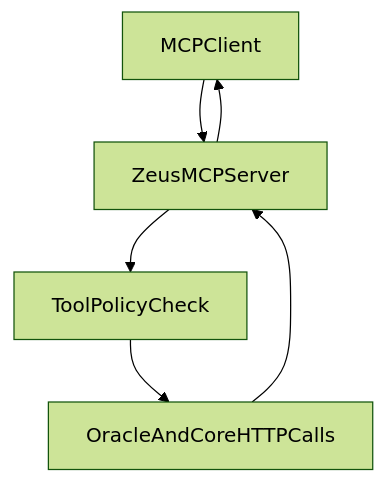
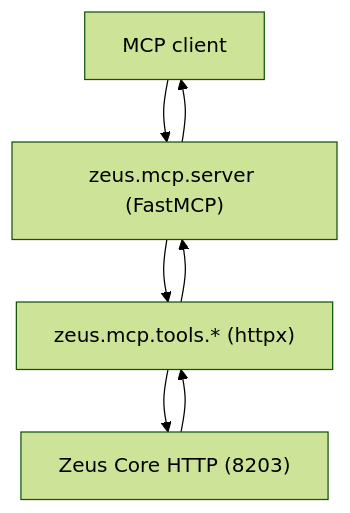
One commit to Lawrence908/zeus changed the diagram in zeus/docs/mcp-server-spec.md. Above: the diagram before and after it, drawn with Mermaid (forest theme). The commit also changed other lines of this file and 22 other files, not shown here.

````diff
--- a/zeus/docs/mcp-server-spec.md
+++ b/zeus/docs/mcp-server-spec.md
@@ -55,8 +50,9 @@
 ```mermaid
 flowchart TD
-  mcpClient["MCPClient"] --> mcpServer["ZeusMCPServer"]
-  mcpServer --> authCheck["ToolPolicyCheck"]
-  authCheck --> oracleRoute["OracleAndCoreHTTPCalls"]
-  oracleRoute --> mcpServer
+  mcpClient["MCP client"] --> mcpServer["zeus.mcp.server (FastMCP)"]
+  mcpServer --> tools["zeus.mcp.tools.* (httpx)"]
+  tools --> core["Zeus Core HTTP (8203)"]
+  core --> tools
+  tools --> mcpServer
   mcpServer --> mcpClient
 ```
````
